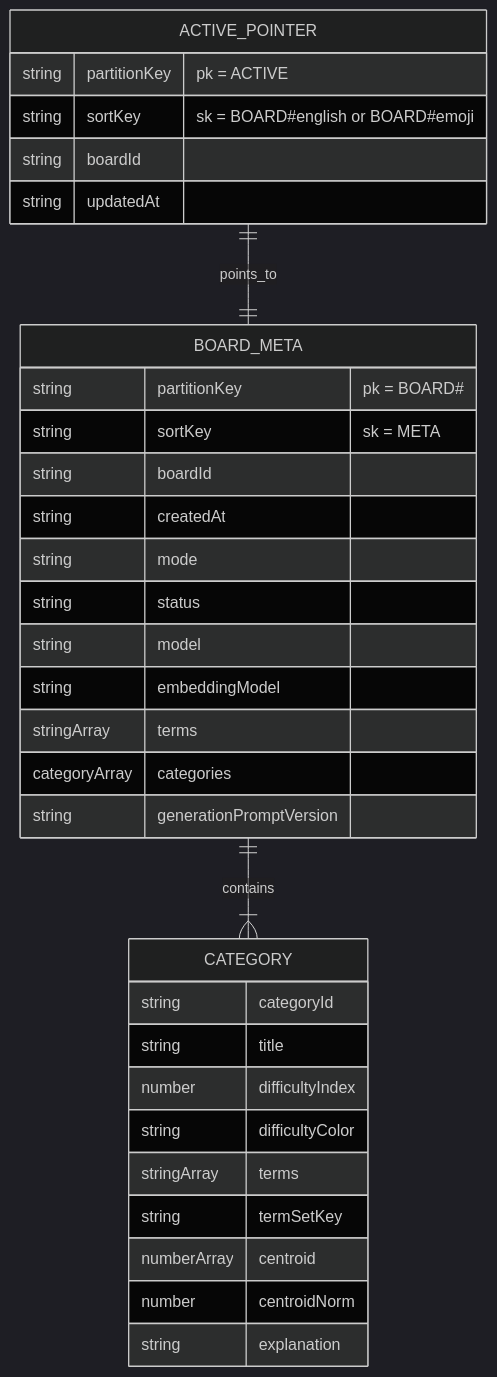
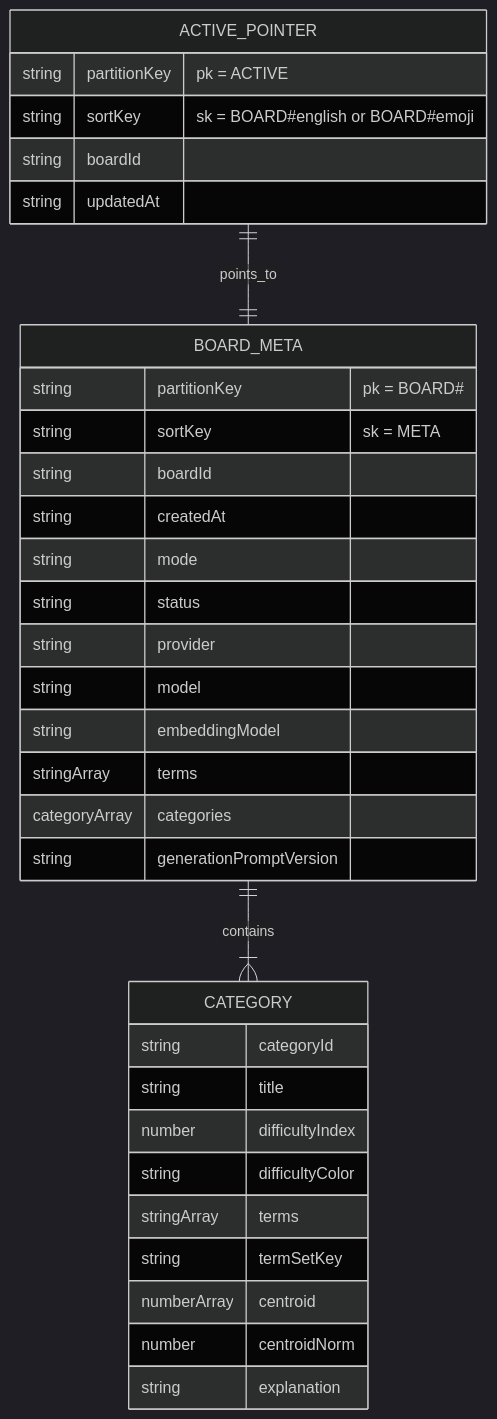
The fourth of 4 diagrams in projects/xand1/README.md (nemi-systems/nextjs-portfoliosite), drawn with Mermaid (dark theme) before and after one commit. The commit also changed other lines of this file and 13 other files, not shown here.

````diff
--- a/projects/xand1/README.md
+++ b/projects/xand1/README.md
@@ -113,38 +112,39 @@
 ```mermaid
 erDiagram
   ACTIVE_POINTER {
     string partitionKey "pk = ACTIVE"
     string sortKey "sk = BOARD#english or BOARD#emoji"
     string boardId
     string updatedAt
   }
 
   BOARD_META {
     string partitionKey "pk = BOARD#<boardId>"
     string sortKey "sk = META"
     string boardId
     string createdAt
     string mode
     string status
+    string provider
     string model
     string embeddingModel
     stringArray terms
     categoryArray categories
     string generationPromptVersion
   }
 
   CATEGORY {
     string categoryId
     string title
     number difficultyIndex
     string difficultyColor
     stringArray terms
     string termSetKey
     numberArray centroid
     number centroidNorm
     string explanation
   }
 
   ACTIVE_POINTER ||--|| BOARD_META : points_to
   BOARD_META ||--|{ CATEGORY : contains
 ```
````
